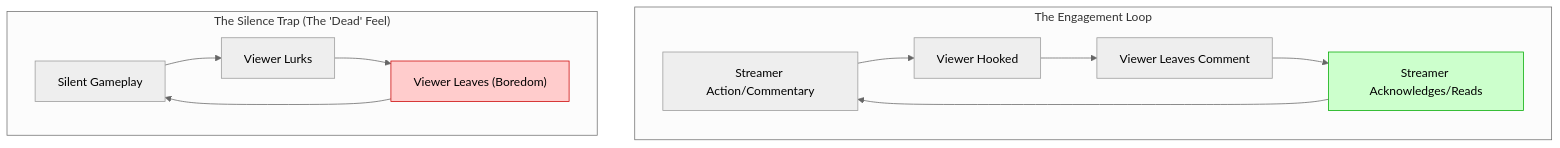
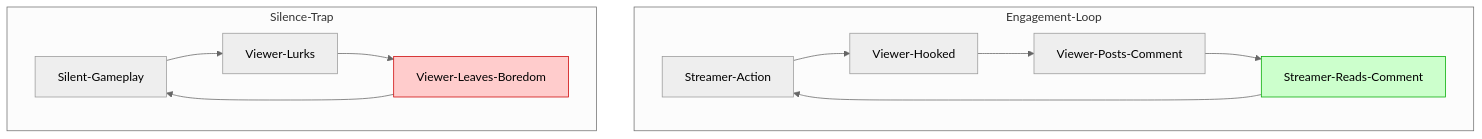
Before and after one commit to littl3-boat/ttwise: the diagram in data/blog/tiktok-live-gaming-chat-engagement-fix-2026.mdx, drawn with Mermaid (neutral theme). The commit also changed 35 other files, not shown here.

First line of the commit message:
feat: fix Mermaid diagram syntax across blog posts and add new Reddit-sourced blog entries

````diff
--- a/data/blog/tiktok-live-gaming-chat-engagement-fix-2026.mdx
+++ b/data/blog/tiktok-live-gaming-chat-engagement-fix-2026.mdx
@@ -22,18 +22,18 @@
 ```mermaid
-graph TD
-    subgraph "The Engagement Loop"
-        A["Streamer Action/Commentary"] --> B["Viewer Hooked"]
-        B --> C["Viewer Leaves Comment"]
-        C --> D["Streamer Acknowledges/Reads"]
+flowchart TD
+    subgraph Engagement-Loop
+        A[Streamer-Action] --> B[Viewer-Hooked]
+        B --> C[Viewer-Posts-Comment]
+        C --> D[Streamer-Reads-Comment]
         D --> A
     end
     
-    subgraph "The Silence Trap (The 'Dead' Feel)"
-        E["Silent Gameplay"] --> F["Viewer Lurks"]
-        F --> G["Viewer Leaves (Boredom)"]
+    subgraph Silence-Trap
+        E[Silent-Gameplay] --> F[Viewer-Lurks]
+        F --> G[Viewer-Leaves-Boredom]
         G --> E
     end
     
     style D fill:#ccffcc,stroke:#00aa00
     style G fill:#ffcccc,stroke:#cc0000
 ```
````
